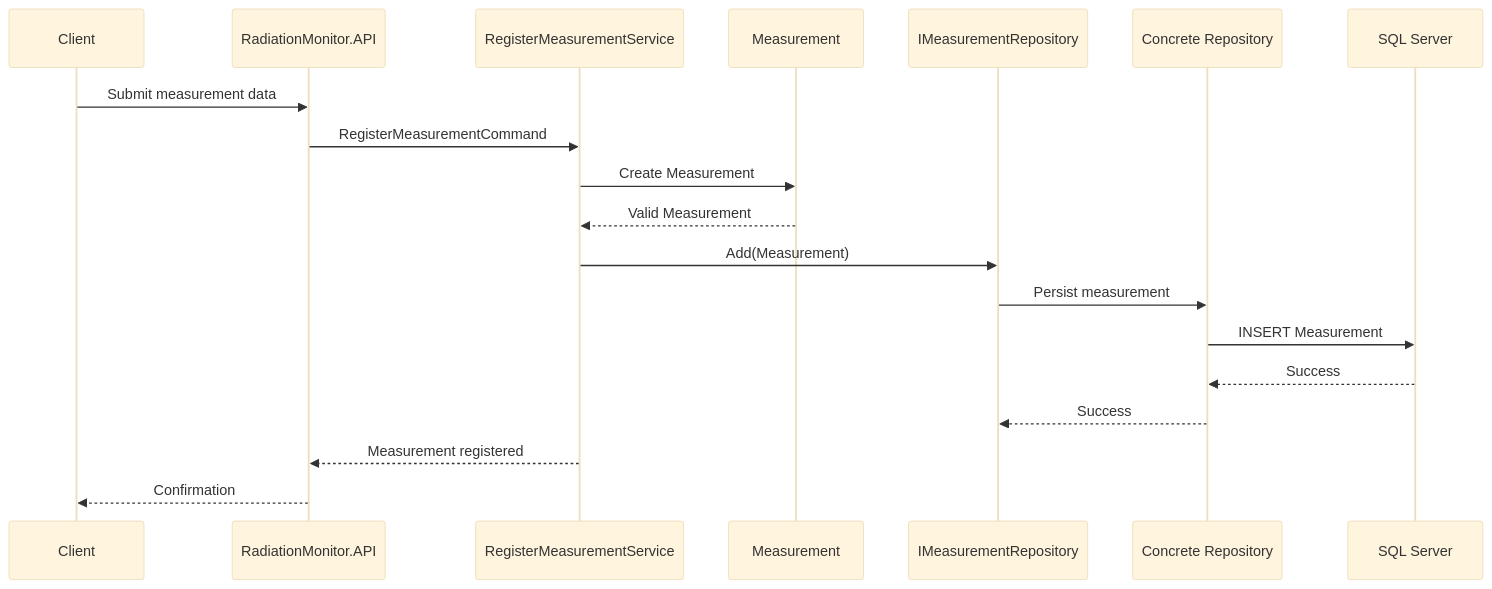
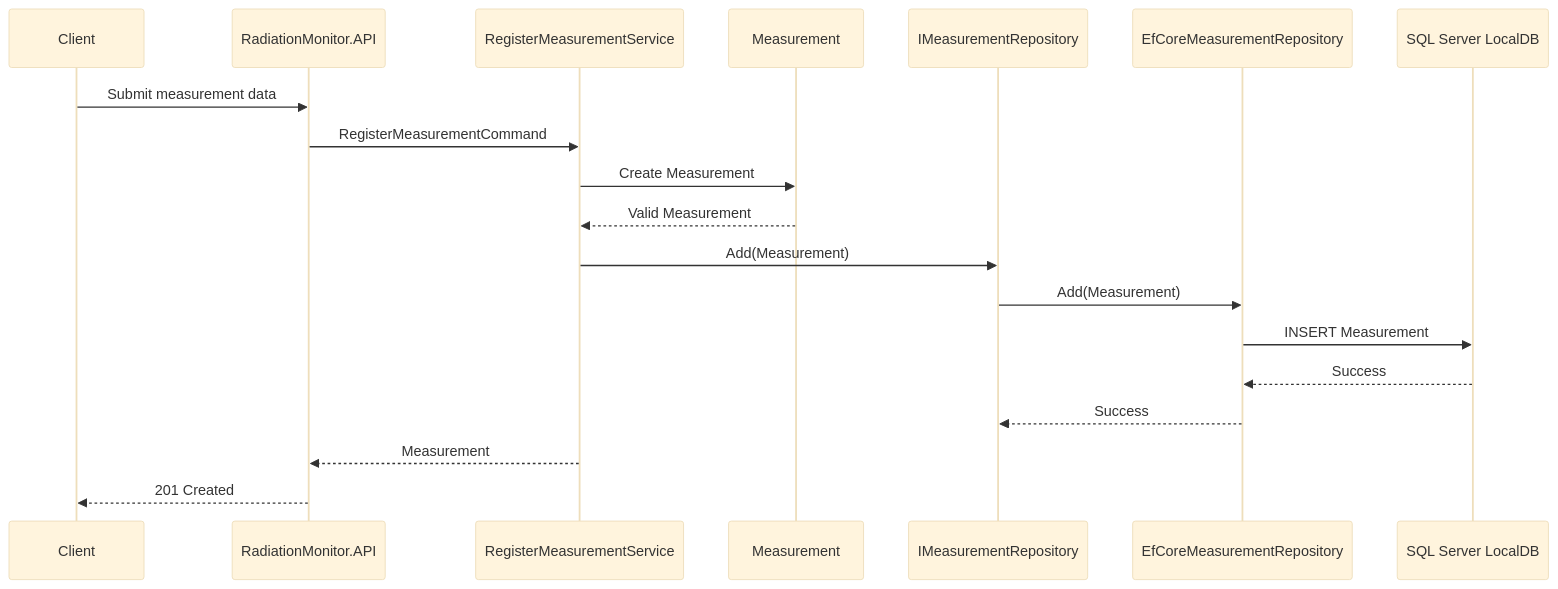
The diagram in RadiationMonitor/docs/use-cases/register-measurement.md (ManonDamoiseau/RadiationMonitor), drawn with Mermaid (base theme) before and after one commit. The commit also changed other lines of this file and 5 other files, not shown here.

Commit message:
feat(api): complete measurement REST API

````diff
--- a/RadiationMonitor/docs/use-cases/register-measurement.md
+++ b/RadiationMonitor/docs/use-cases/register-measurement.md
@@ -97,31 +89,31 @@
 ```mermaid
 sequenceDiagram
 
 participant Client
 participant API as RadiationMonitor.API
 participant Service as RegisterMeasurementService
 participant Domain as Measurement
 participant Repository as IMeasurementRepository
-participant Persistence as Concrete Repository
-participant DB as SQL Server
+participant Persistence as EfCoreMeasurementRepository
+participant DB as SQL Server LocalDB
 
 Client->>API: Submit measurement data
 
 API->>Service: RegisterMeasurementCommand
 
 Service->>Domain: Create Measurement
 
 Domain-->>Service: Valid Measurement
 
 Service->>Repository: Add(Measurement)
 
-Repository->>Persistence: Persist measurement
+Repository->>Persistence: Add(Measurement)
 Persistence->>DB: INSERT Measurement
 
 DB-->>Persistence: Success
 Persistence-->>Repository: Success
 
-Service-->>API: Measurement registered
+Service-->>API: Measurement
 
-API-->>Client: Confirmation
+API-->>Client: 201 Created
 ```
````
